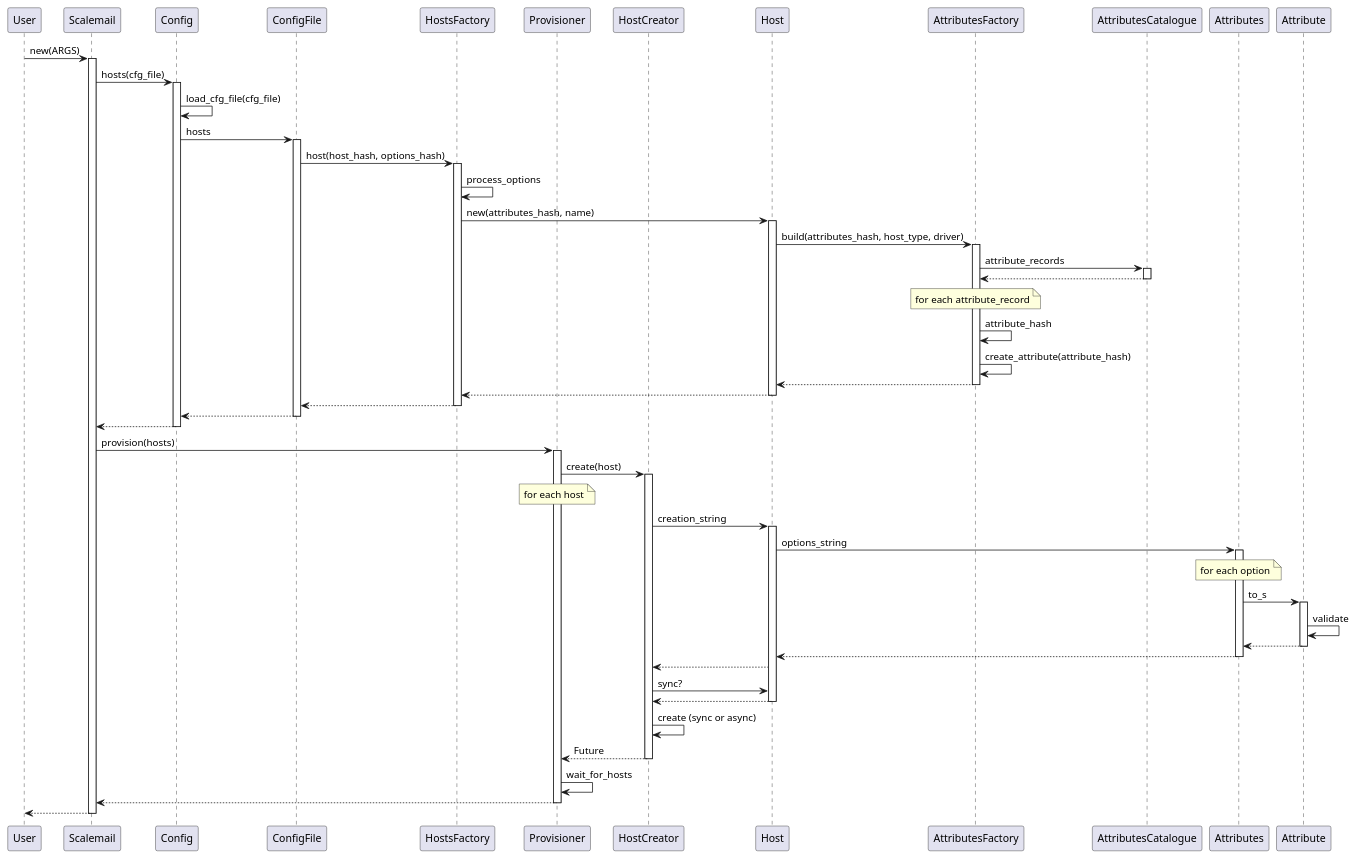
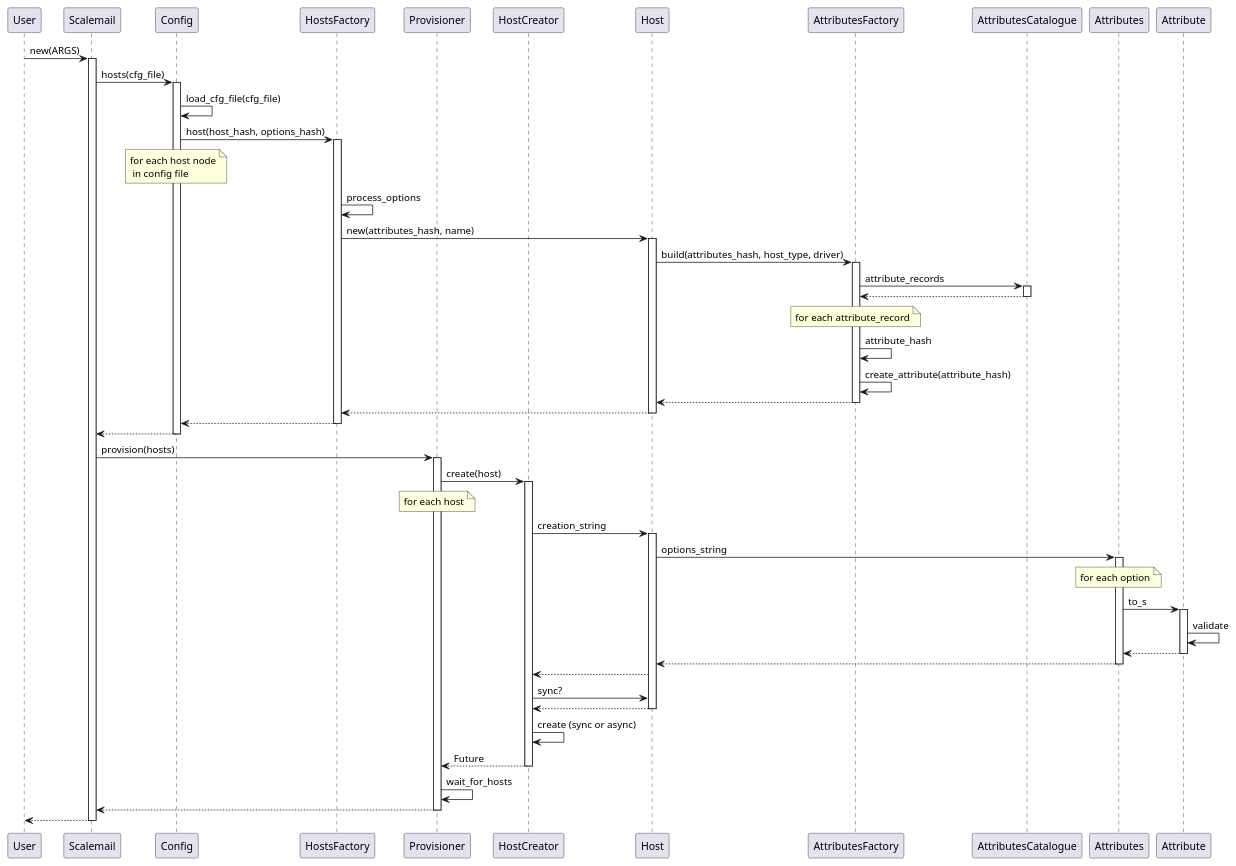
Before and after one commit to iiezhachenko/scalemail: the diagram in sequence.puml, drawn with PlantUML. The commit also changed 4 other files, not shown here.

Commit message:
Refactored Config to load YAML file and write options and hosts hashes from it

```diff
--- a/sequence.puml
+++ b/sequence.puml
@@ -1,78 +1,74 @@
 @startuml
 participant User
 participant Scalemail
 participant Config
-participant ConfigFile
 participant HostsFactory
 participant Provisioner
 participant HostCreator
 participant Host
 participant AttributesFactory
 participant AttributesCatalogue
 participant Attributes
 participant Attribute
 
 User -> Scalemail: new(ARGS)
 activate Scalemail
   Scalemail -> Config: hosts(cfg_file)
 
   activate Config
     Config -> Config: load_cfg_file(cfg_file)
-    Config -> ConfigFile: hosts
-    activate ConfigFile
-      ConfigFile -> HostsFactory: host(host_hash, options_hash)
+      Config -> HostsFactory: host(host_hash, options_hash)
+      note over Config: for each host node\n in config file
       activate HostsFactory
         HostsFactory -> HostsFactory: process_options
         HostsFactory -> Host: new(attributes_hash, name)
         activate Host
           Host -> AttributesFactory: build(attributes_hash, host_type, driver)
           activate AttributesFactory
             AttributesFactory -> AttributesCatalogue: attribute_records
             activate AttributesCatalogue
               AttributesCatalogue --> AttributesFactory
             deactivate AttributesCatalogue
             note over AttributesFactory: for each attribute_record
             AttributesFactory -> AttributesFactory: attribute_hash
             AttributesFactory -> AttributesFactory: create_attribute(attribute_hash)
             AttributesFactory --> Host
           deactivate AttributesFactory
           Host --> HostsFactory
         deactivate Host
-        HostsFactory --> ConfigFile
+        HostsFactory --> Config
       deactivate HostsFactory
-      ConfigFile --> Config
-    deactivate ConfigFile
     Config --> Scalemail
   deactivate Config
 
   Scalemail -> Provisioner: provision(hosts)
 
   activate Provisioner
     Provisioner -> HostCreator: create(host)
     note over Provisioner: for each host
     activate HostCreator 
       HostCreator -> Host: creation_string
       activate Host
         Host -> Attributes: options_string
         activate Attributes
           note over Attributes: for each option
           Attributes -> Attribute: to_s
           activate Attribute
             Attribute -> Attribute: validate
             Attribute --> Attributes
           deactivate Attribute
           Attributes --> Host
         deactivate Attributes
         Host --> HostCreator
         HostCreator -> Host: sync?
         Host --> HostCreator
       deactivate Host
       HostCreator -> HostCreator: create (sync or async)
       HostCreator --> Provisioner: Future
     deactivate HostCreator
     Provisioner -> Provisioner: wait_for_hosts
     Provisioner --> Scalemail
   deactivate Provisioner
   Scalemail --> User
 deactivate Scalemail
 @enduml
```
